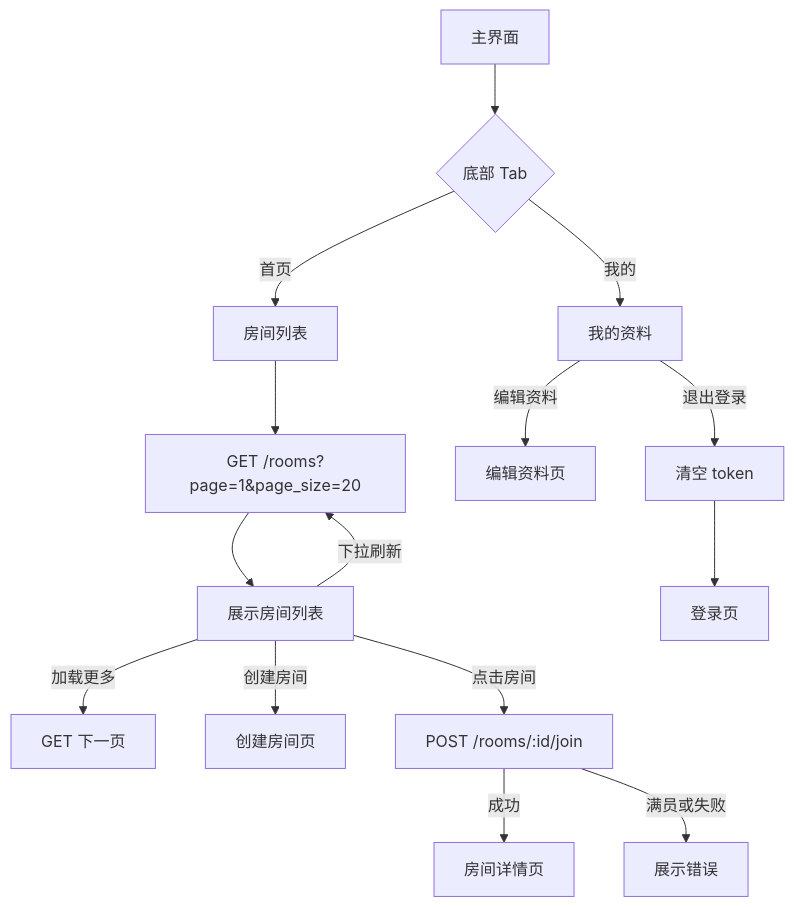
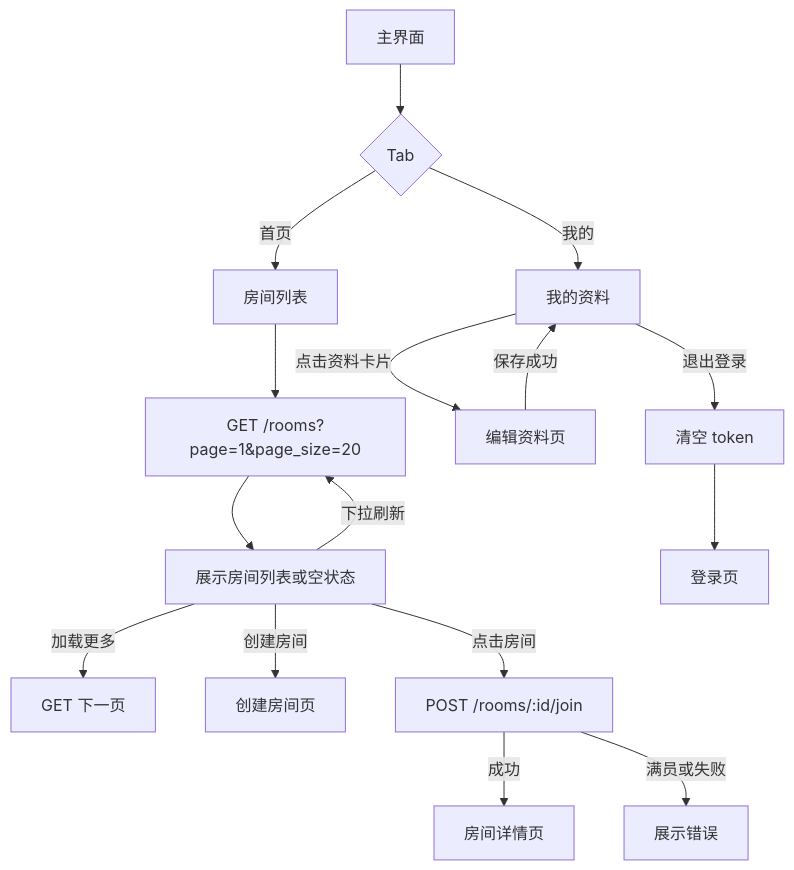
Before and after one commit to DancingCodes/room-app: the third of 8 diagrams in docs/客户端逻辑设计.md, drawn with Mermaid. The commit also changed other lines of this file and 3 other files, not shown here.

````diff
--- a/docs/客户端逻辑设计.md
+++ b/docs/客户端逻辑设计.md
@@ -45,19 +45,20 @@
 ```mermaid
 flowchart TD
-    A[主界面] --> B{底部 Tab}
+    A[主界面] --> B{Tab}
     B -- 首页 --> C[房间列表]
     B -- 我的 --> D[我的资料]
 
     C --> E[GET /rooms?page=1&page_size=20]
-    E --> F[展示房间列表]
+    E --> F[展示房间列表或空状态]
     F -- 下拉刷新 --> E
     F -- 加载更多 --> G[GET 下一页]
     F -- 创建房间 --> H[创建房间页]
     F -- 点击房间 --> I[POST /rooms/:id/join]
     I -- 成功 --> J[房间详情页]
     I -- 满员或失败 --> K[展示错误]
 
-    D -- 编辑资料 --> L[编辑资料页]
+    D -- 点击资料卡片 --> L[编辑资料页]
+    L -- 保存成功 --> D
     D -- 退出登录 --> M[清空 token]
     M --> N[登录页]
 ```
````
